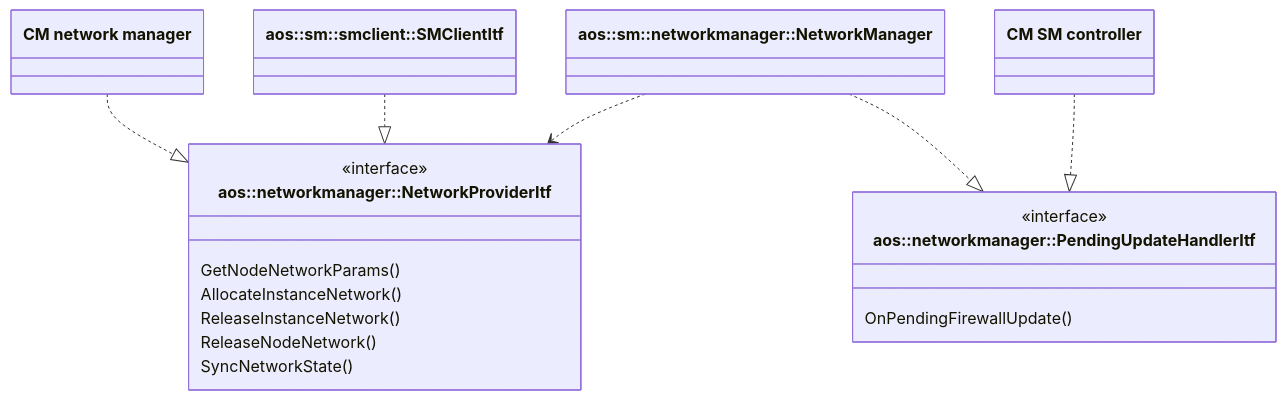
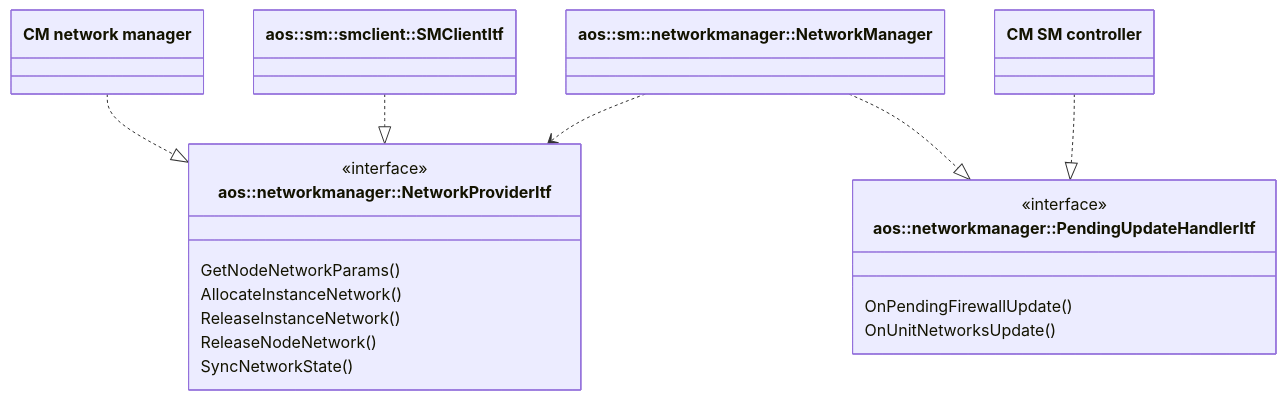
One commit to aosedge/aos_core_lib_cpp changed the first of 3 diagrams in src/core/common/networkmanager/networkmanager.md. Above: the diagram before and after it, drawn with Mermaid. The commit also changed other lines of this file and 1 other file, not shown here.

````diff
--- a/src/core/common/networkmanager/networkmanager.md
+++ b/src/core/common/networkmanager/networkmanager.md
@@ -33,35 +37,36 @@
 ```mermaid
 classDiagram
     direction TB
 
     class CMNetworkManager ["CM network manager"] {
     }
     class SMClient ["aos::sm::smclient::SMClientItf"] {
     }
     class SMNetworkManager ["aos::sm::networkmanager::NetworkManager"] {
     }
     class CMSMController ["CM SM controller"] {
     }
 
     class NetworkProviderItf ["aos::networkmanager::NetworkProviderItf"] {
         <<interface>>
         GetNodeNetworkParams()
         AllocateInstanceNetwork()
         ReleaseInstanceNetwork()
         ReleaseNodeNetwork()
         SyncNetworkState()
     }
     class PendingUpdateHandlerItf ["aos::networkmanager::PendingUpdateHandlerItf"] {
         <<interface>>
         OnPendingFirewallUpdate()
+        OnUnitNetworksUpdate()
     }
 
     %% SM -> CM requests
     CMNetworkManager ..|> NetworkProviderItf
     SMClient ..|> NetworkProviderItf
     SMNetworkManager ..> NetworkProviderItf
 
     %% CM -> SM notifications
     SMNetworkManager ..|> PendingUpdateHandlerItf
     CMSMController ..|> PendingUpdateHandlerItf
 ```
````
